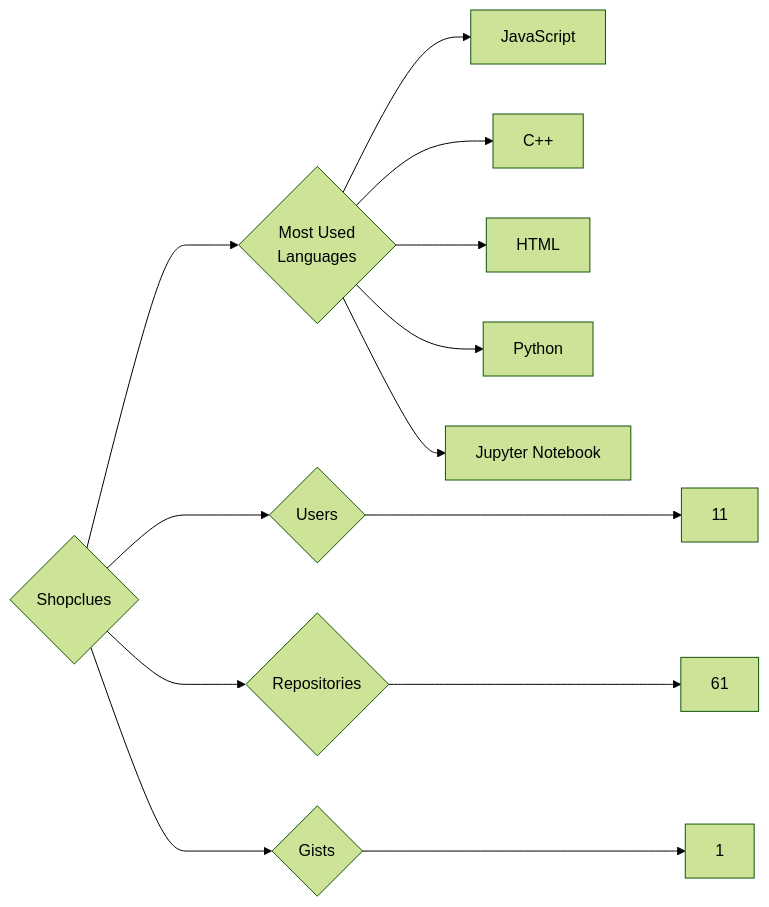
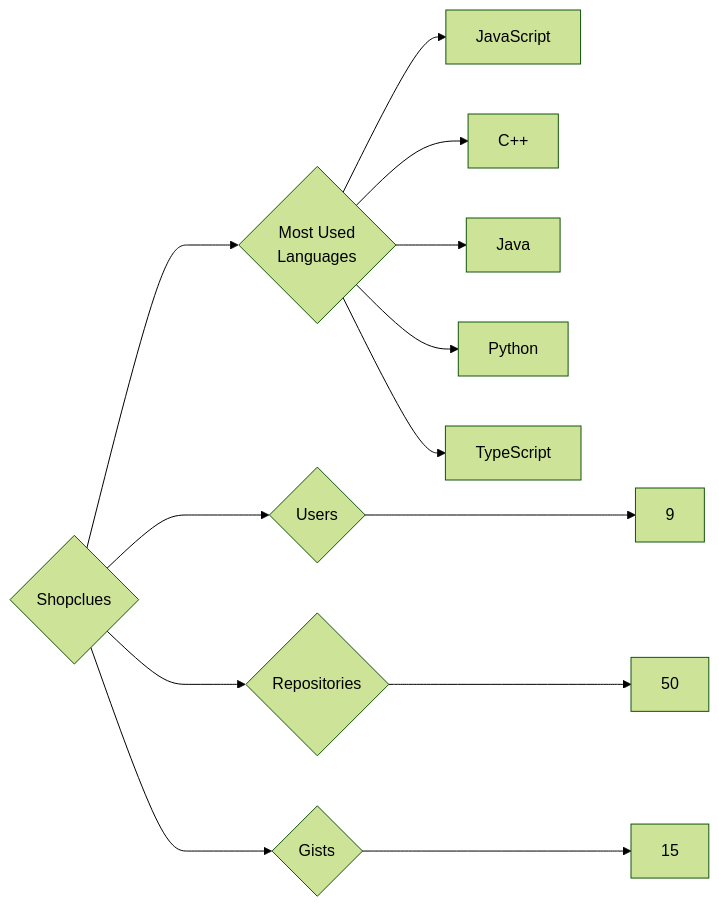
One commit to trickest/insiders changed the diagram in targets/Shopclues/README.md. Above: the diagram before and after it, drawn with Mermaid (forest theme). The commit also changed 903 other files, not shown here.

````diff
--- a/targets/Shopclues/README.md
+++ b/targets/Shopclues/README.md
@@ -3,13 +3,13 @@
 ```mermaid
 graph LR
 COMPANY_NAME{Shopclues}
-COMPANY_NAME ---> U{Users} ---> UN[11]
-COMPANY_NAME ---> R{Repositories} ---> RN[61]
-COMPANY_NAME ---> G{Gists} ---> GN[1]
+COMPANY_NAME ---> U{Users} ---> UN[9]
+COMPANY_NAME ---> R{Repositories} ---> RN[50]
+COMPANY_NAME ---> G{Gists} ---> GN[15]
 COMPANY_NAME ---> ML{Most Used<br>Languages}
 ML --> JavaScript[JavaScript]
 ML --> C++[C++]
-ML --> HTML[HTML]
+ML --> Java[Java]
 ML --> Python[Python]
-ML --> Jupyter_Notebook[Jupyter Notebook]
+ML --> TypeScript[TypeScript]
 ```
````
